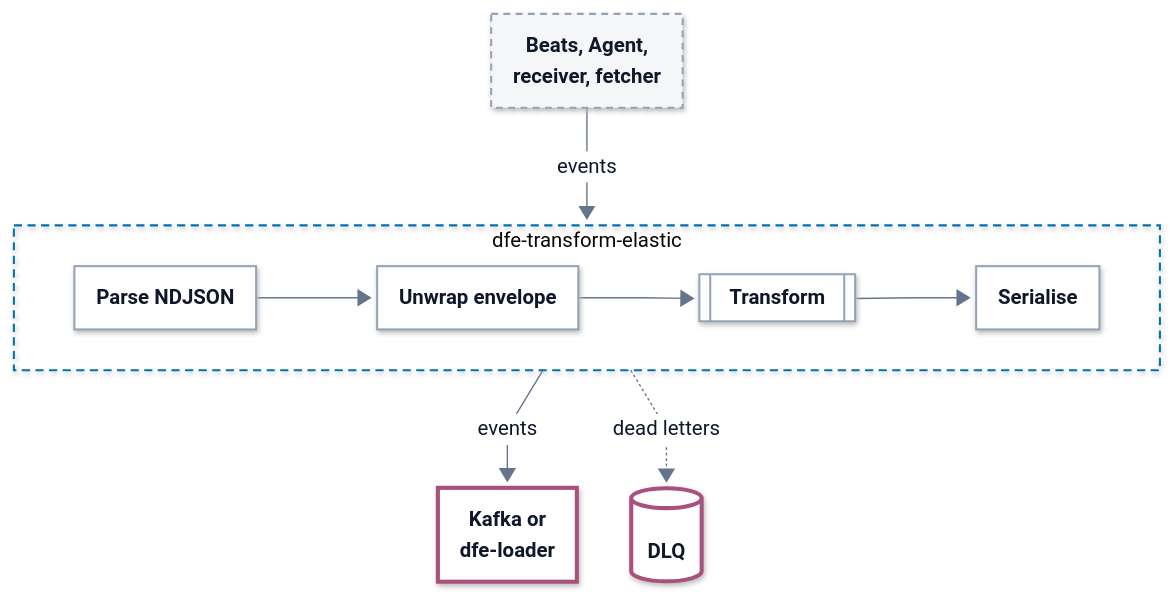
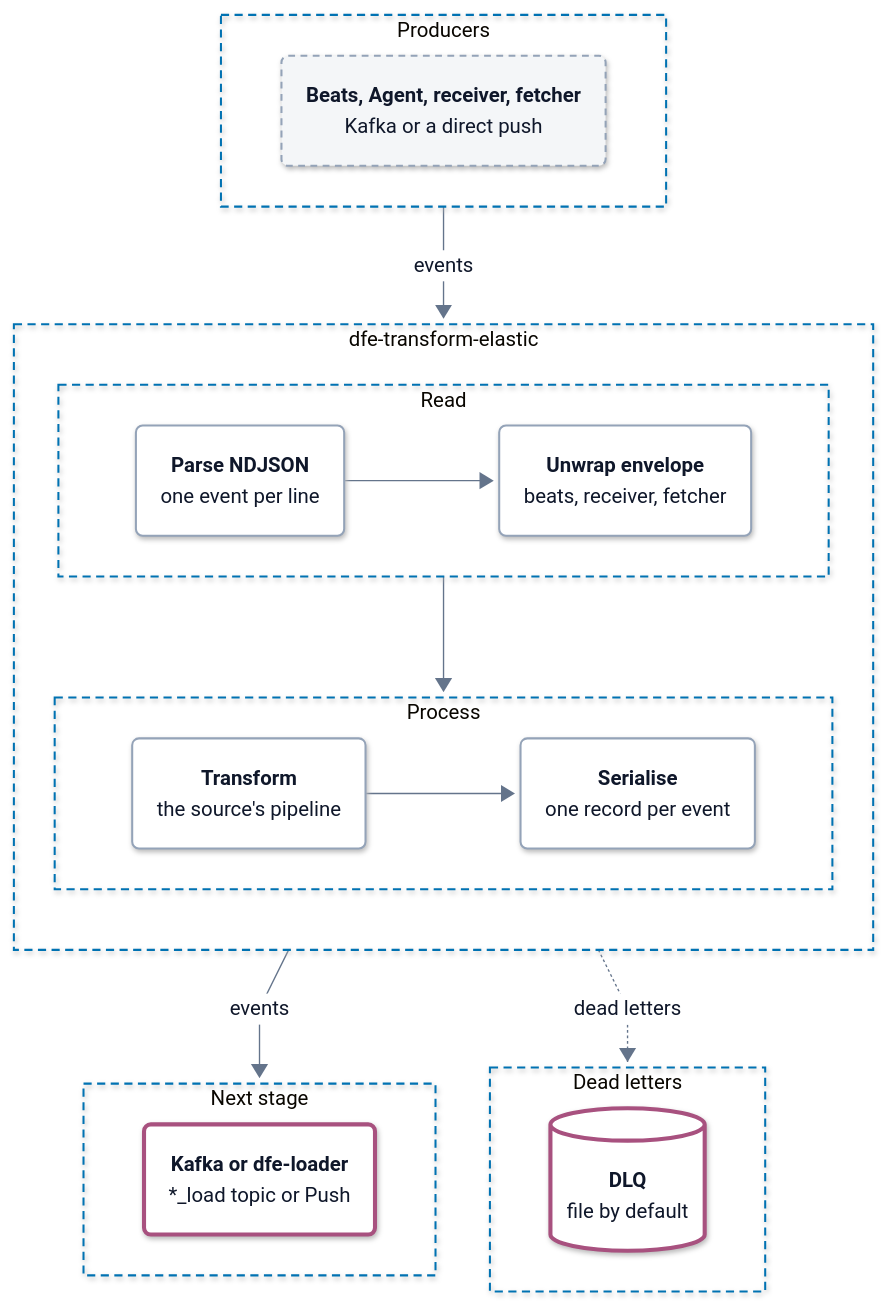
One commit to hyperi-io/dfe-transform-elastic changed the diagram in docs/architecture.md. Above: the diagram before and after it, drawn with Mermaid. The commit also changed other lines of this file and 11 other files, not shown here.

First line of the commit message:
docs(architecture): align Elastic transform pages with the standard (#190)

````diff
--- a/docs/architecture.md
+++ b/docs/architecture.md
@@ -58,19 +52,44 @@
     accTitle: L3 Components -- dfe-transform-elastic
     accDescr: Producers send events over Kafka or a direct push. Inside the service each batch is parsed, unwrapped, transformed and serialised in that order. Events go to Kafka or dfe-loader, and dead letters go to the DLQ.
 
-    producers["<b>Beats, Agent,<br/>receiver, fetcher</b>"]
-
-    subgraph svc["dfe-transform-elastic"]
+    subgraph IN["Producers"]
         direction LR
-        parse["<b>Parse NDJSON</b>"] --> unwrap["<b>Unwrap envelope</b>"] --> transform[["<b>Transform</b>"]] --> serialise["<b>Serialise</b>"]
+        producers("<b>Beats, Agent, receiver, fetcher</b><br/><span>Kafka or a direct push</span>")
     end
 
-    sink["<b>Kafka or<br/>dfe-loader</b>"]
-    dlq[("<b>DLQ</b>")]
+    subgraph SVC["dfe-transform-elastic"]
+        direction TB
+        subgraph S1["Read"]
+            direction LR
+            parse("<b>Parse NDJSON</b><br/><span>one event per line</span>")
+            unwrap("<b>Unwrap envelope</b><br/><span>beats, receiver, fetcher</span>")
+            parse --> unwrap
+        end
+        subgraph S2["Process"]
+            direction LR
+            transform("<b>Transform</b><br/><span>the source's pipeline</span>")
+            serialise("<b>Serialise</b><br/><span>one record per event</span>")
+            transform --> serialise
+        end
+        S1 --> S2
+    end
 
-    producers -->|events| svc
-    svc -->|events| sink
-    svc -.->|dead letters| dlq
+    subgraph OUT["Next stage"]
+        direction LR
+        sink("<b>Kafka or dfe-loader</b><br/><span>*_load topic or Push</span>")
+    end
+
+    subgraph DL["Dead letters"]
+        direction LR
+        dlq[("<b>DLQ</b><br/><span>file by default</span>")]
+    end
+
+    IN -->|events| SVC
+    SVC -->|events| OUT
+    SVC -.->|dead letters| DL
+  class producers ext
+  class parse,unwrap,transform,serialise part
+  class sink,dlq bus
   classDef ext fill:#F4F6F8,stroke:#94A3B8,stroke-width:1.5px,stroke-dasharray:5 4,color:#0F172A
   classDef ingest fill:#FFFFFF,stroke:#0E8A7D,stroke-width:3px,color:#0F172A
   classDef xform fill:#FFFFFF,stroke:#7B4FB0,stroke-width:3px,color:#0F172A
@@ -82,8 +101,10 @@
   classDef error fill:#FFFFFF,stroke:#C2410C,stroke-width:3px,color:#0F172A
   classDef control fill:#FFFFFF,stroke:#334155,stroke-width:3px,color:#0F172A
   classDef part fill:#FFFFFF,stroke:#94A3B8,stroke-width:1.5px,color:#0F172A
-  class producers ext
-  class parse,unwrap,transform,serialise part
-  class sink,dlq bus
-  style svc fill:none,stroke:#0072B2,stroke-width:1.5px,stroke-dasharray:6 4
+  style IN fill:none,stroke:#0072B2,stroke-width:1.5px,stroke-dasharray:6 4
+  style SVC fill:none,stroke:#0072B2,stroke-width:1.5px,stroke-dasharray:6 4
+  style S1 fill:none,stroke:#0072B2,stroke-width:1.5px,stroke-dasharray:6 4
+  style S2 fill:none,stroke:#0072B2,stroke-width:1.5px,stroke-dasharray:6 4
+  style OUT fill:none,stroke:#0072B2,stroke-width:1.5px,stroke-dasharray:6 4
+  style DL fill:none,stroke:#0072B2,stroke-width:1.5px,stroke-dasharray:6 4
 ```
````
